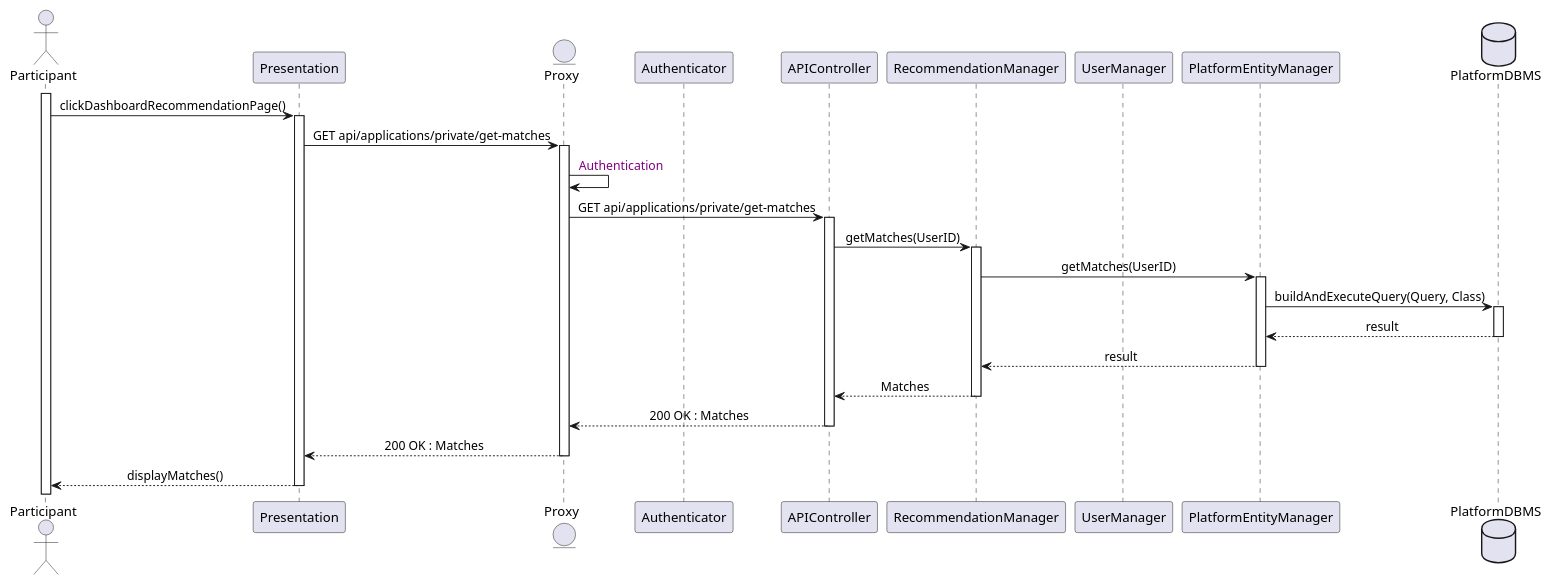
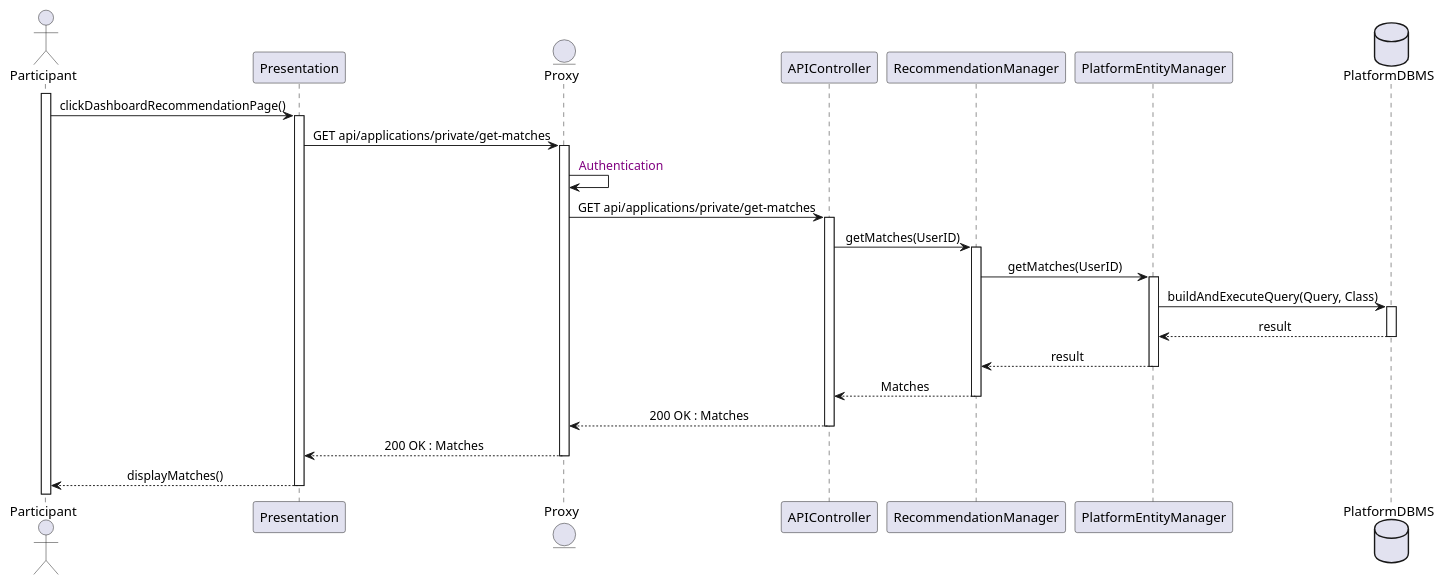
The diagram in Diagrams/SequenceDiagrams/DD/14ParticipantSeesMatches.wsd (Slaitroc/RicciPaoliGrisoni), drawn with PlantUML before and after one commit. The commit also changed 7 other files, not shown here.

Commit message:
Minor DD Sequences Fixes

```diff
--- a/Diagrams/SequenceDiagrams/DD/14ParticipantSeesMatches.wsd
+++ b/Diagrams/SequenceDiagrams/DD/14ParticipantSeesMatches.wsd
@@ -1,39 +1,37 @@
 @startuml 14ParticipantSeesMatches
 skinparam sequenceMessageAlign center
 actor       Participant
 participant Presentation
 entity      Proxy
-participant Authenticator
 participant APIController
 participant RecommendationManager
-participant UserManager
 participant PlatformEntityManager
 database    PlatformDBMS
 
 activate Participant
 Participant -> Presentation : clickDashboardRecommendationPage()
 activate Presentation
 Presentation -> Proxy : GET api/applications/private/get-matches
 activate Proxy
 Proxy -> Proxy : <color:purple> Authentication
 Proxy -> APIController : GET api/applications/private/get-matches
 activate APIController
 APIController -> RecommendationManager : getMatches(UserID)
 activate RecommendationManager
 RecommendationManager -> PlatformEntityManager : getMatches(UserID)
 activate PlatformEntityManager
 PlatformEntityManager -> PlatformDBMS : buildAndExecuteQuery(Query, Class)
 activate PlatformDBMS
 PlatformDBMS --> PlatformEntityManager : result
 deactivate PlatformDBMS
 PlatformEntityManager --> RecommendationManager : result
 deactivate PlatformEntityManager
 RecommendationManager --> APIController : Matches
 deactivate RecommendationManager
 APIController --> Proxy : 200 OK : Matches
 deactivate APIController
 Proxy --> Presentation : 200 OK : Matches
 deactivate Proxy
 Presentation --> Participant : displayMatches()
 deactivate Presentation
 @enduml
```
